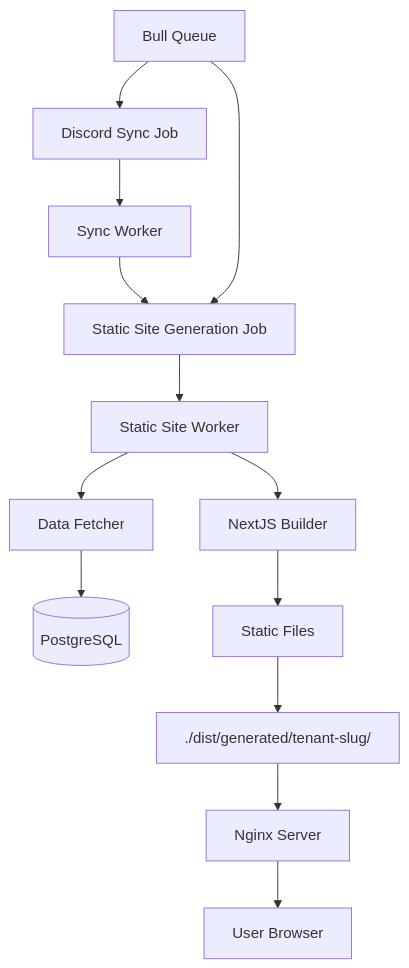
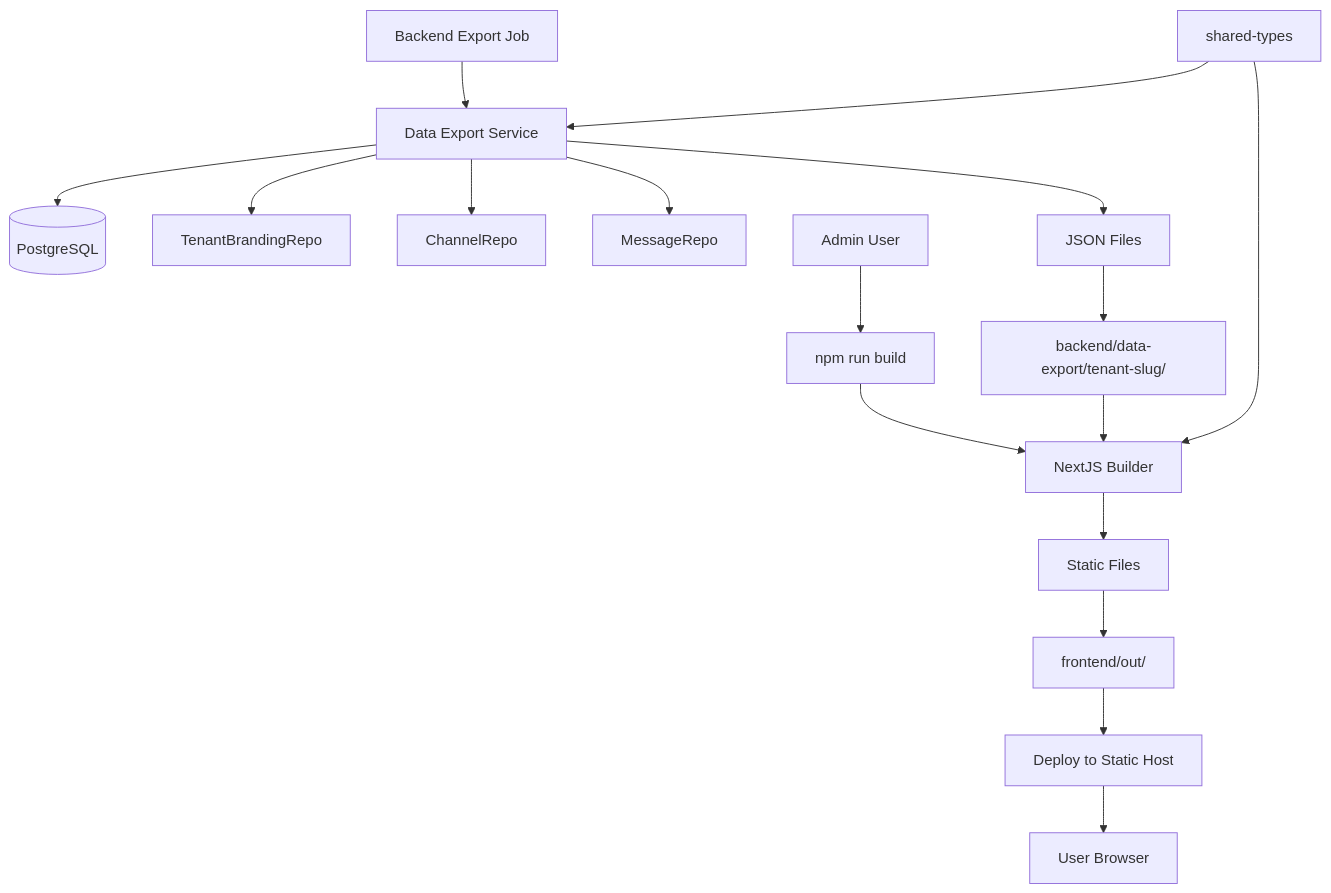
Before and after one commit to niekcandaele/Verta: the diagram in .kiro/specs/tenant-static-archive/design.md, drawn with Mermaid. The commit also changed other lines of this file and 2 other files, not shown here.

First line of the commit message:
refactor: update tenant static archive specs for backend data export architecture

````diff
--- a/.kiro/specs/tenant-static-archive/design.md
+++ b/.kiro/specs/tenant-static-archive/design.md
@@ -11,16 +11,21 @@
 ```mermaid
 graph TB
-    A[Discord Sync Job] --> B[Sync Worker]
-    B --> C[Static Site Generation Job]
-    C --> D[Static Site Worker]
-    D --> E[Data Fetcher]
-    D --> F[NextJS Builder]
-    E --> G[(PostgreSQL)]
-    F --> H[Static Files]
-    H --> I["./dist/generated/tenant-slug/"]
-    I --> J[Nginx Server]
-    J --> K[User Browser]
-
-    L[Bull Queue] --> C
-    L --> A
+    A[Backend Export Job] --> B[Data Export Service]
+    B --> C[(PostgreSQL)]
+    B --> D[TenantBrandingRepo]
+    B --> E[ChannelRepo]
+    B --> F[MessageRepo]
+    B --> G[JSON Files]
+    G --> H[backend/data-export/tenant-slug/]
+    
+    I[Admin User] --> J[npm run build]
+    J --> K[NextJS Builder]
+    H --> K
+    K --> L[Static Files]
+    L --> M[frontend/out/]
+    M --> N[Deploy to Static Host]
+    N --> O[User Browser]
+    
+    P[shared-types] --> B
+    P --> K
 ```
````
